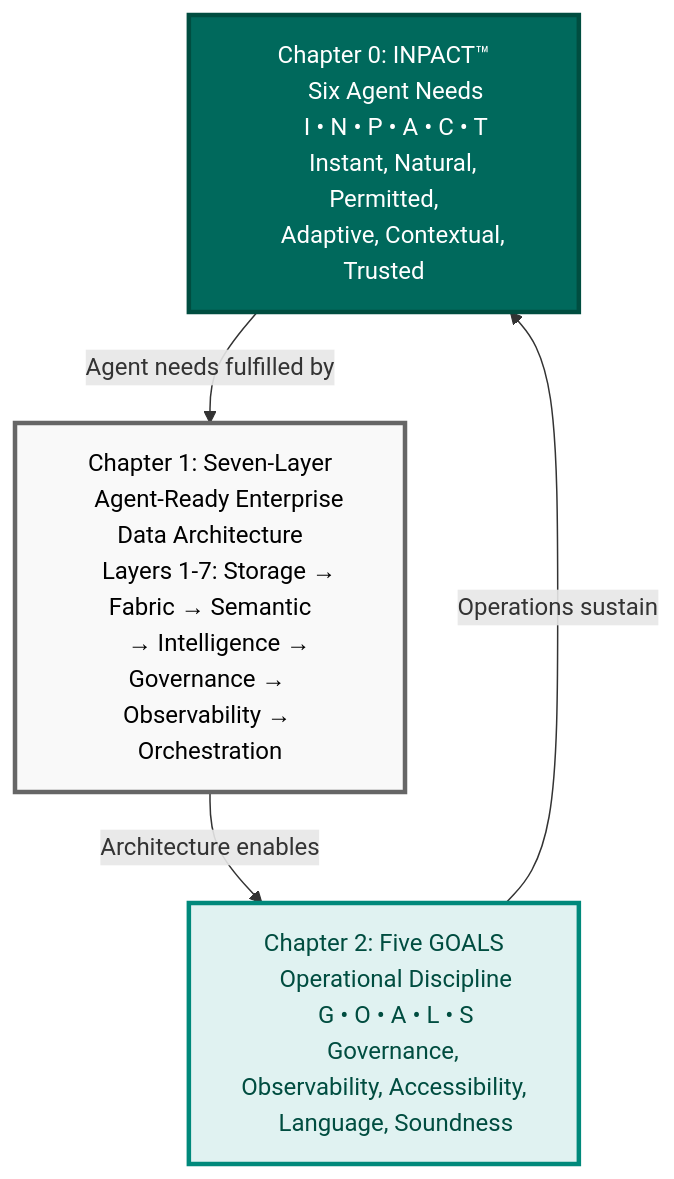
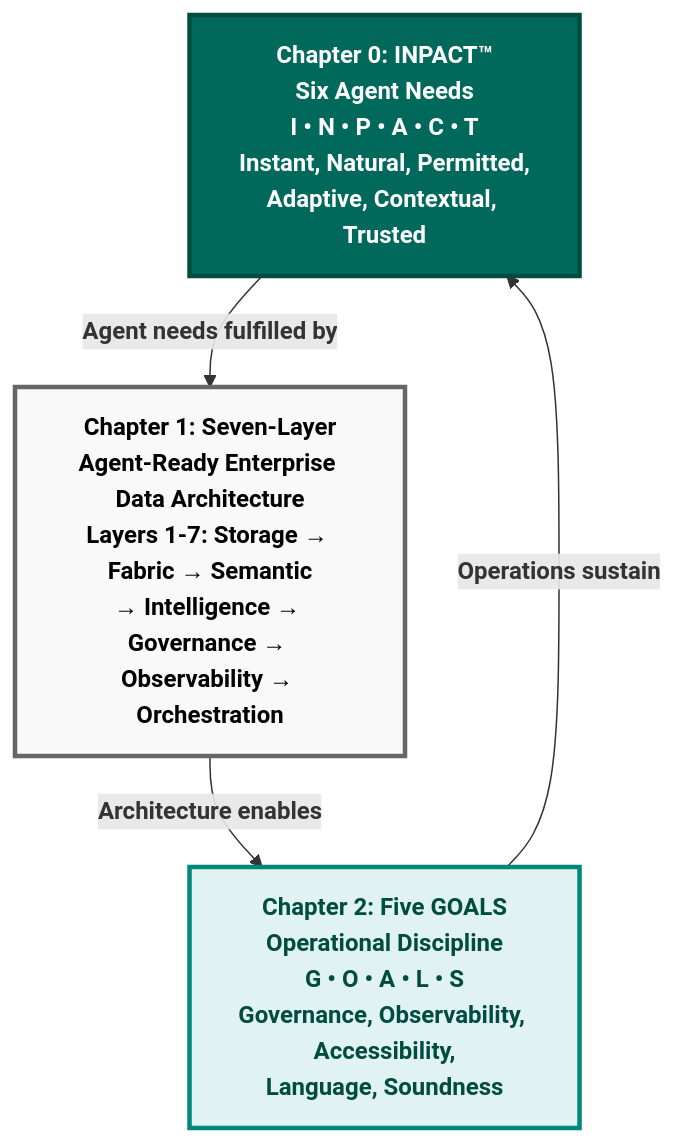
One commit to colaberry/enterprise-data-readiness-ai-agents changed the first of 11 diagrams in chapter-02/chapter_2_complete.md. Above: the diagram before and after it, drawn with Mermaid. The commit also changed other lines of this file and 1 other file, not shown here.

````diff
--- a/chapter-02/chapter_2_complete.md
+++ b/chapter-02/chapter_2_complete.md
@@ -139,27 +140,16 @@
 ```mermaid
 graph TB
-    INPACT["Chapter 0: INPACT™
-    Six Agent Needs
-    I • N • P • A • C • T
-    Instant, Natural, Permitted,
-    Adaptive, Contextual, Trusted"]
+    INPACT["<b>Chapter 0: INPACT™</b><br/><b>Six Agent Needs</b><br/><b>I • N • P • A • C • T</b><br/><b>Instant, Natural, Permitted,</b><br/><b>Adaptive, Contextual, Trusted</b>"]
     
-    ARCH["Chapter 1: Seven-Layer
-    Agent-Ready Enterprise Data Architecture
-    Layers 1-7: Storage → Fabric → Semantic
-    → Intelligence → Governance → Observability → Orchestration"]
+    ARCH["<b>Chapter 1: Seven-Layer</b><br/><b>Agent-Ready Enterprise Data Architecture</b><br/><b>Layers 1-7: Storage → Fabric → Semantic</b><br/><b>→ Intelligence → Governance → Observability → Orchestration</b>"]
     
-    GOALS["Chapter 2: Five GOALS
-    Operational Discipline
-    G • O • A • L • S
-    Governance, Observability, Accessibility,
-    Language, Soundness"]
+    GOALS["<b>Chapter 2: Five GOALS</b><br/><b>Operational Discipline</b><br/><b>G • O • A • L • S</b><br/><b>Governance, Observability, Accessibility,</b><br/><b>Language, Soundness</b>"]
     
-    INPACT -->|Agent needs fulfilled by| ARCH
-    ARCH -->|Architecture enables| GOALS
-    GOALS -->|Operations sustain| INPACT
+    INPACT -->|<b>Agent needs fulfilled by</b>| ARCH
+    ARCH -->|<b>Architecture enables</b>| GOALS
+    GOALS -->|<b>Operations sustain</b>| INPACT
     
     style INPACT fill:#00695c,color:#ffffff,stroke:#004d40,stroke-width:3px
     style ARCH fill:#f9f9f9,stroke:#666666,stroke-width:3px,color:#000000
     style GOALS fill:#e0f2f1,stroke:#00897b,stroke-width:3px,color:#004d40
 ```
````
